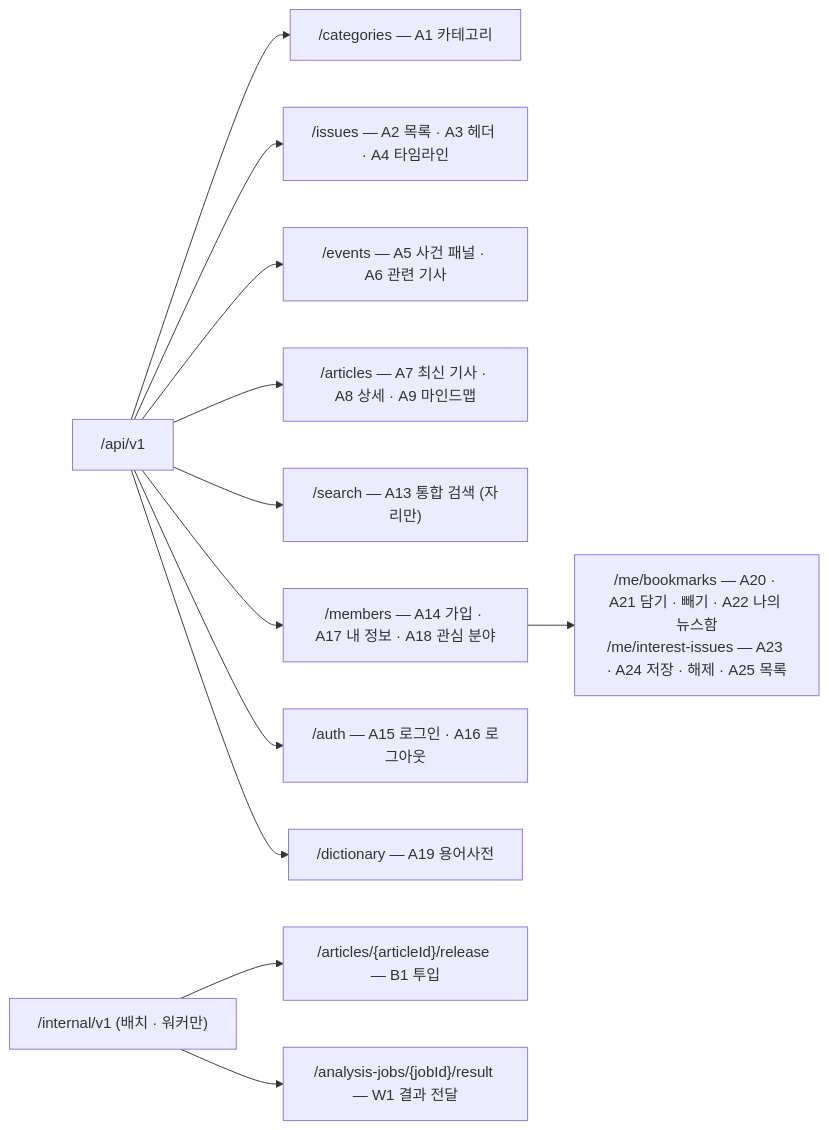
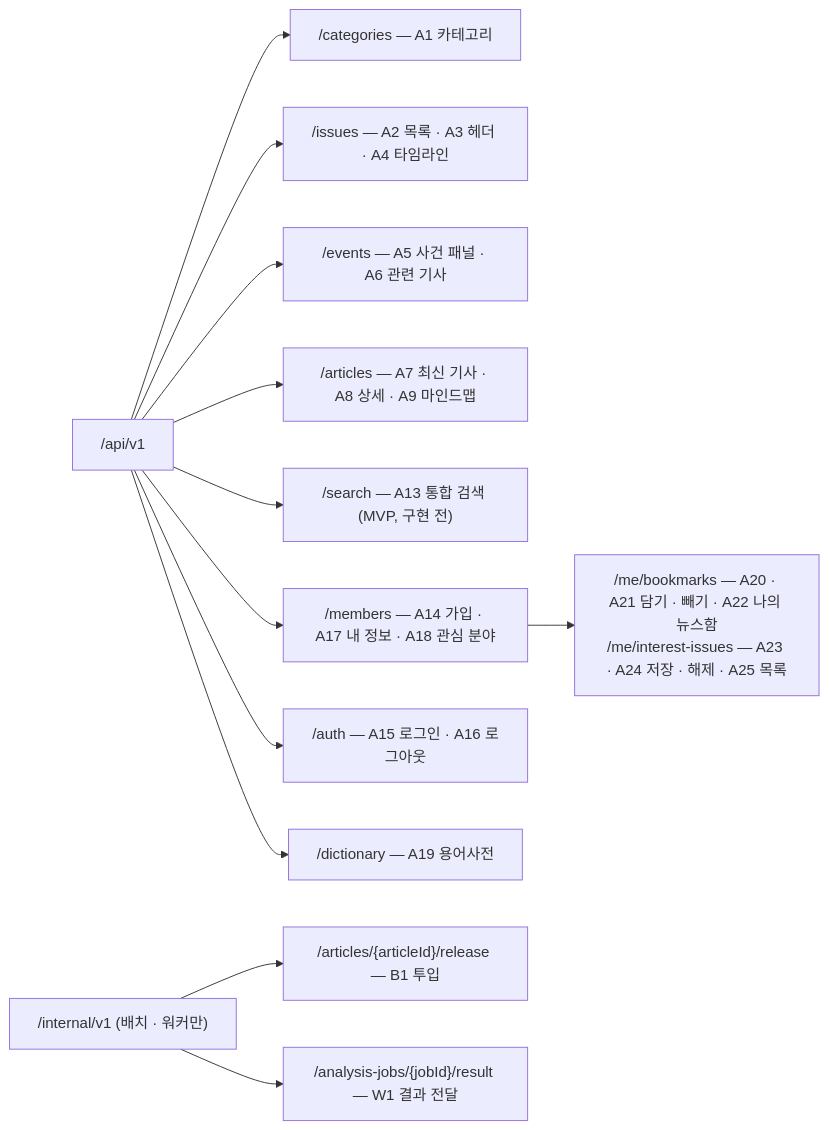
Before and after one commit to a102-NEWLEARN/NEW-LEARN: the third of 5 diagrams in docs/api.md, drawn with Mermaid. The commit also changed other lines of this file and 1 other file, not shown here.

First line of the commit message:
docs: A6 사건 관련 기사 5건 · A2 이슈 목록의 사건 0개 칸은 null · A13 통합 검색 MVP (Jira 43)

````diff
--- a/docs/api.md
+++ b/docs/api.md
@@ -167,14 +167,14 @@
 ```mermaid
 flowchart LR
   R["/api/v1"] --> C["/categories — A1 카테고리"]
   R --> I["/issues — A2 목록 · A3 헤더 · A4 타임라인"]
   R --> E["/events — A5 사건 패널 · A6 관련 기사"]
   R --> AR["/articles — A7 최신 기사 · A8 상세 · A9 마인드맵"]
-  R --> Q["/search — A13 통합 검색 (자리만)"]
+  R --> Q["/search — A13 통합 검색 (MVP, 구현 전)"]
   R --> M["/members — A14 가입 · A17 내 정보 · A18 관심 분야"]
   M --> MS["/me/bookmarks — A20 · A21 담기 · 빼기 · A22 나의 뉴스함<br/>/me/interest-issues — A23 · A24 저장 · 해제 · A25 목록"]
   R --> AU["/auth — A15 로그인 · A16 로그아웃"]
   R --> D["/dictionary — A19 용어사전"]
   R2["/internal/v1 (배치 · 워커만)"] --> B1["/articles/{articleId}/release — B1 투입"]
   R2 --> W1["/analysis-jobs/{jobId}/result — W1 결과 전달"]
 ```
````
